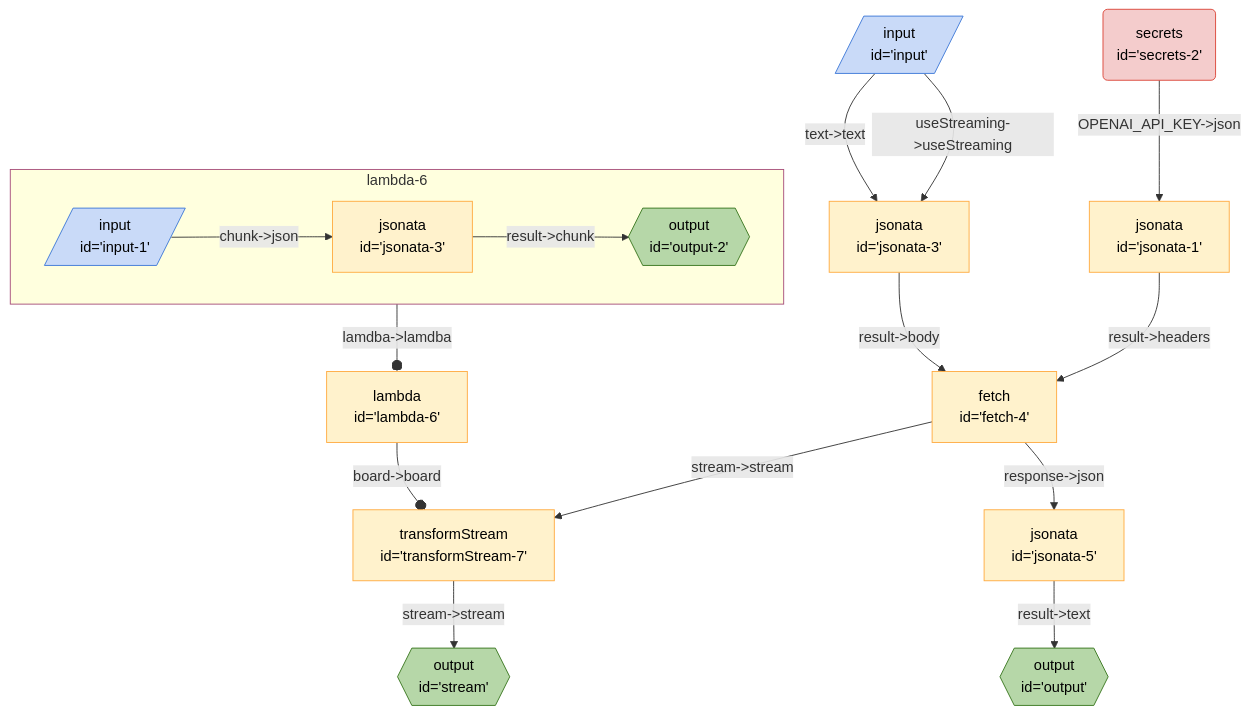
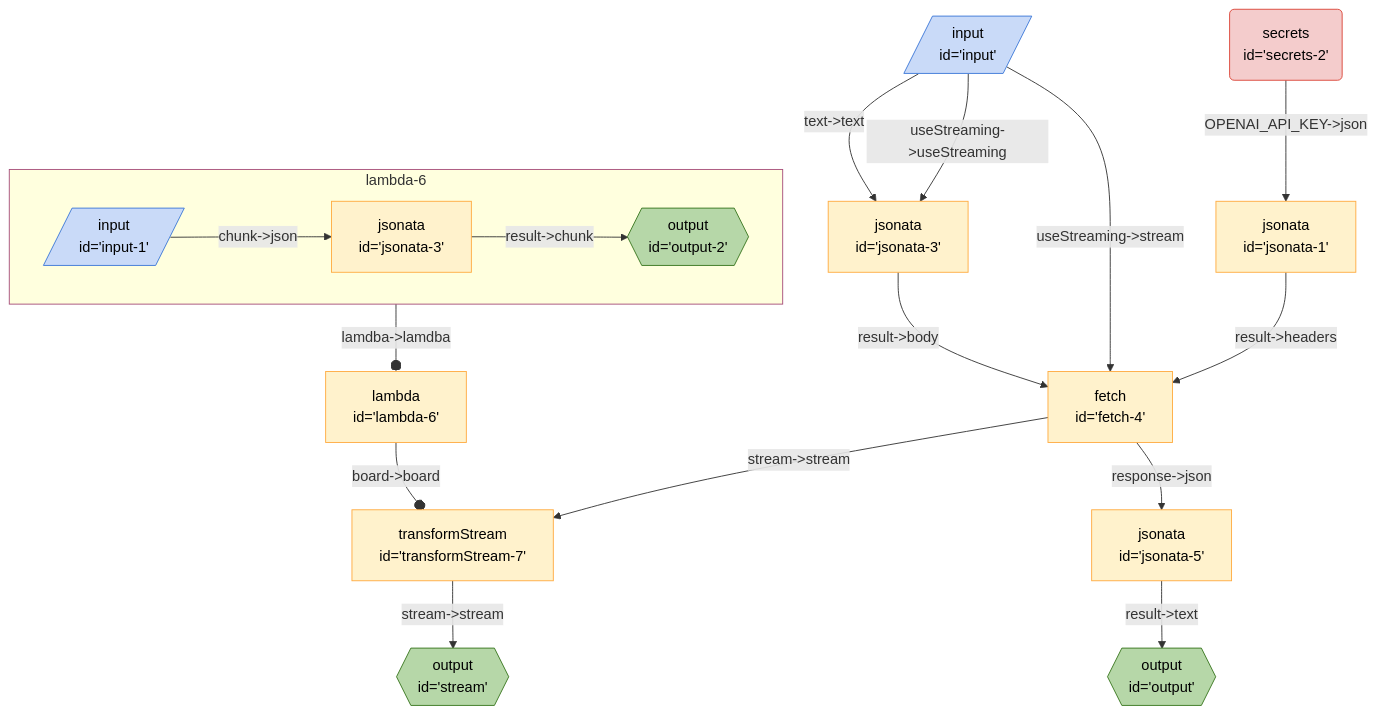
Before and after one commit to breadboard-ai/breadboard: the diagram in seeds/breadboard-web/docs/graphs/openai-gpt-35-turbo.md, drawn with Mermaid. The commit also changed 2 other files, not shown here.

Commit message:
[breadboard-web] Fix the gpt-35 board correctly handle non-streaming mode.

````diff
--- a/seeds/breadboard-web/docs/graphs/openai-gpt-35-turbo.md
+++ b/seeds/breadboard-web/docs/graphs/openai-gpt-35-turbo.md
@@ -3,28 +3,29 @@
 ```mermaid
 %%{init: 'themeVariables': { 'fontFamily': 'Fira Code, monospace' }}%%
 graph TD;
 secrets2("secrets <br> id='secrets-2'"):::secrets -- "OPENAI_API_KEY->json" --> jsonata1["jsonata <br> id='jsonata-1'"]
+input[/"input <br> id='input'"/]:::input -- "useStreaming->stream" --> fetch4["fetch <br> id='fetch-4'"]
 jsonata1["jsonata <br> id='jsonata-1'"] -- "result->headers" --> fetch4["fetch <br> id='fetch-4'"]
 lambda6["lambda <br> id='lambda-6'"] -- "board->board" --o transformStream7["transformStream <br> id='transformStream-7'"]
 subgraph sg_lambda6 [lambda-6]
 lambda6_jsonata3["jsonata <br> id='jsonata-3'"] -- "result->chunk" --> lambda6_output2{{"output <br> id='output-2'"}}:::output
 lambda6_input1[/"input <br> id='input-1'"/]:::input -- "chunk->json" --> lambda6_jsonata3["jsonata <br> id='jsonata-3'"]
 end
 sg_lambda6:::slotted -- "lamdba->lamdba" --o lambda6
 
 input[/"input <br> id='input'"/]:::input -- "useStreaming->useStreaming" --> jsonata3["jsonata <br> id='jsonata-3'"]
 jsonata5["jsonata <br> id='jsonata-5'"] -- "result->text" --> output{{"output <br> id='output'"}}:::output
 fetch4["fetch <br> id='fetch-4'"] -- "response->json" --> jsonata5["jsonata <br> id='jsonata-5'"]
 transformStream7["transformStream <br> id='transformStream-7'"] -- "stream->stream" --> stream{{"output <br> id='stream'"}}:::output
 fetch4["fetch <br> id='fetch-4'"] -- "stream->stream" --> transformStream7["transformStream <br> id='transformStream-7'"]
 jsonata3["jsonata <br> id='jsonata-3'"] -- "result->body" --> fetch4["fetch <br> id='fetch-4'"]
 input[/"input <br> id='input'"/]:::input -- "text->text" --> jsonata3["jsonata <br> id='jsonata-3'"]
 classDef default stroke:#ffab40,fill:#fff2ccff,color:#000
 classDef input stroke:#3c78d8,fill:#c9daf8ff,color:#000
 classDef output stroke:#38761d,fill:#b6d7a8ff,color:#000
 classDef passthrough stroke:#a64d79,fill:#ead1dcff,color:#000
 classDef slot stroke:#a64d79,fill:#ead1dcff,color:#000
 classDef config stroke:#a64d79,fill:#ead1dcff,color:#000
 classDef secrets stroke:#db4437,fill:#f4cccc,color:#000
 classDef slotted stroke:#a64d79
 ```
````
